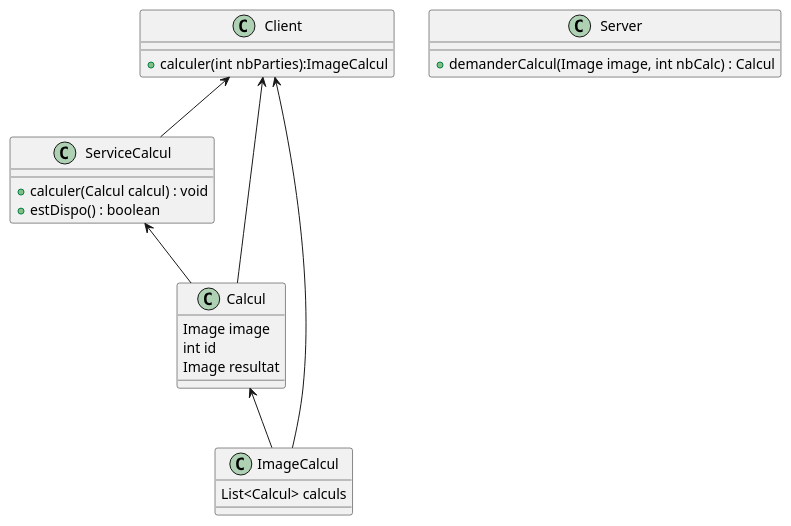
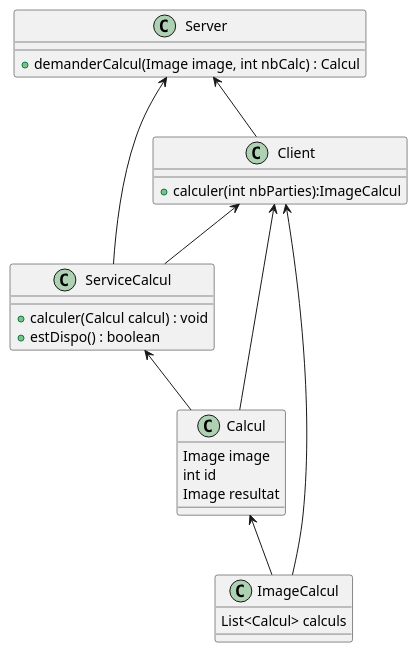
One commit to Hugo-COLLIN/BUT_S4_Calcul-Parallele changed the diagram in schema.puml. Above: the diagram before and after it, drawn with PlantUML.

Commit message:
modif schéma 1

```diff
--- a/schema.puml
+++ b/schema.puml
@@ -1,34 +1,35 @@
 @startuml
 'https://plantuml.com/class-diagram
 
 class Client {
     +calculer(int nbParties):ImageCalcul
 }
 
 class ServiceCalcul {
     +calculer(Calcul calcul) : void
     +estDispo() : boolean
 }
 
 class ImageCalcul {
     List<Calcul> calculs
 }
 
 class Calcul {
     Image image
     int id
     Image resultat
 }
 
 class Server {
     +demanderCalcul(Image image, int nbCalc) : Calcul
 }
 
 ServiceCalcul <-- Calcul
 Client <-- ServiceCalcul
 Client <-- ImageCalcul
 Client <-- Calcul
 Calcul <-- ImageCalcul
-
+Server <-- Client
+Server <-- ServiceCalcul
 
 @enduml
```
